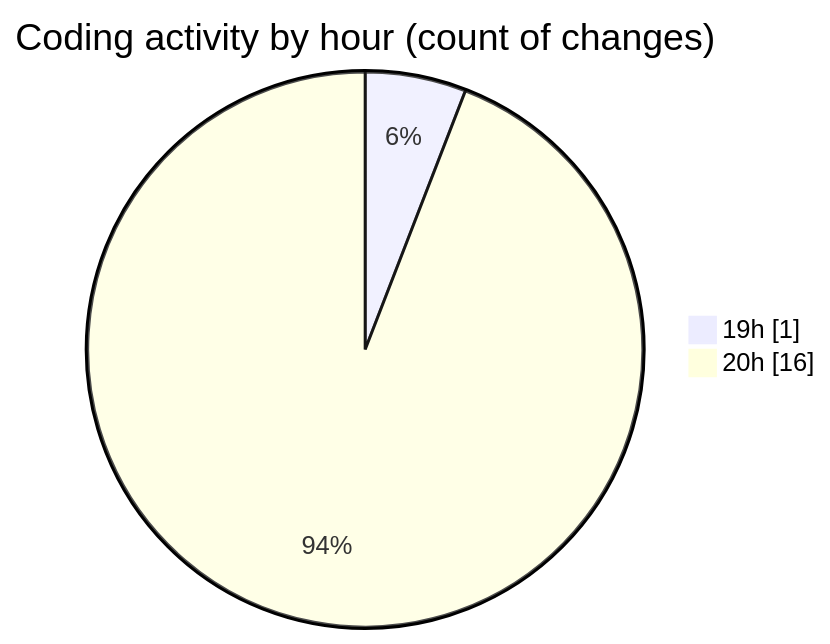
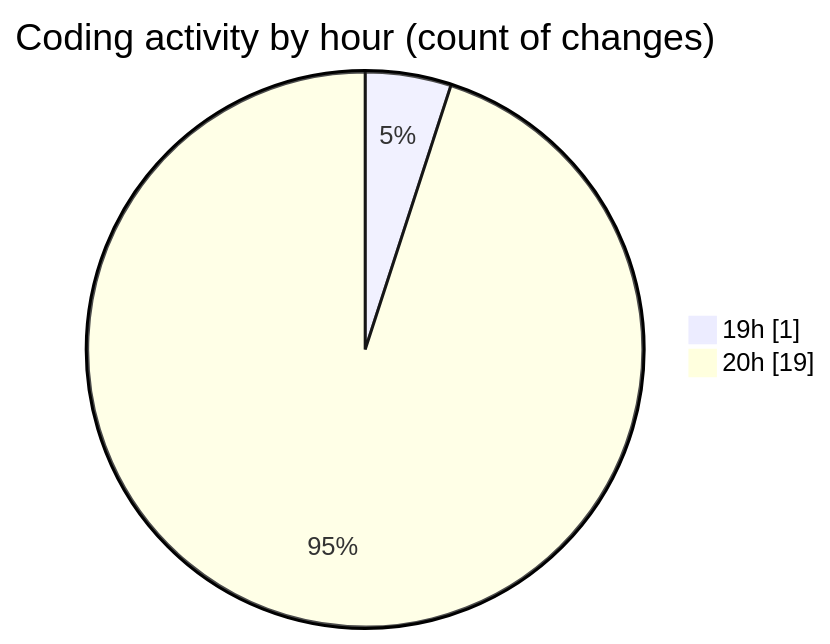
Before and after one commit to Elitesun/code-tracking: the second of 2 diagrams in 2025-02-04/react/README.md, drawn with Mermaid. The commit also changed other lines of this file and 1 other file, not shown here.

````diff
--- a/2025-02-04/react/README.md
+++ b/2025-02-04/react/README.md
@@ -30,6 +30,6 @@
 ```mermaid
 pie showData
 title Coding activity by hour (count of changes)
 "19h" : 1
-"20h" : 16
+"20h" : 19
 ```
````
